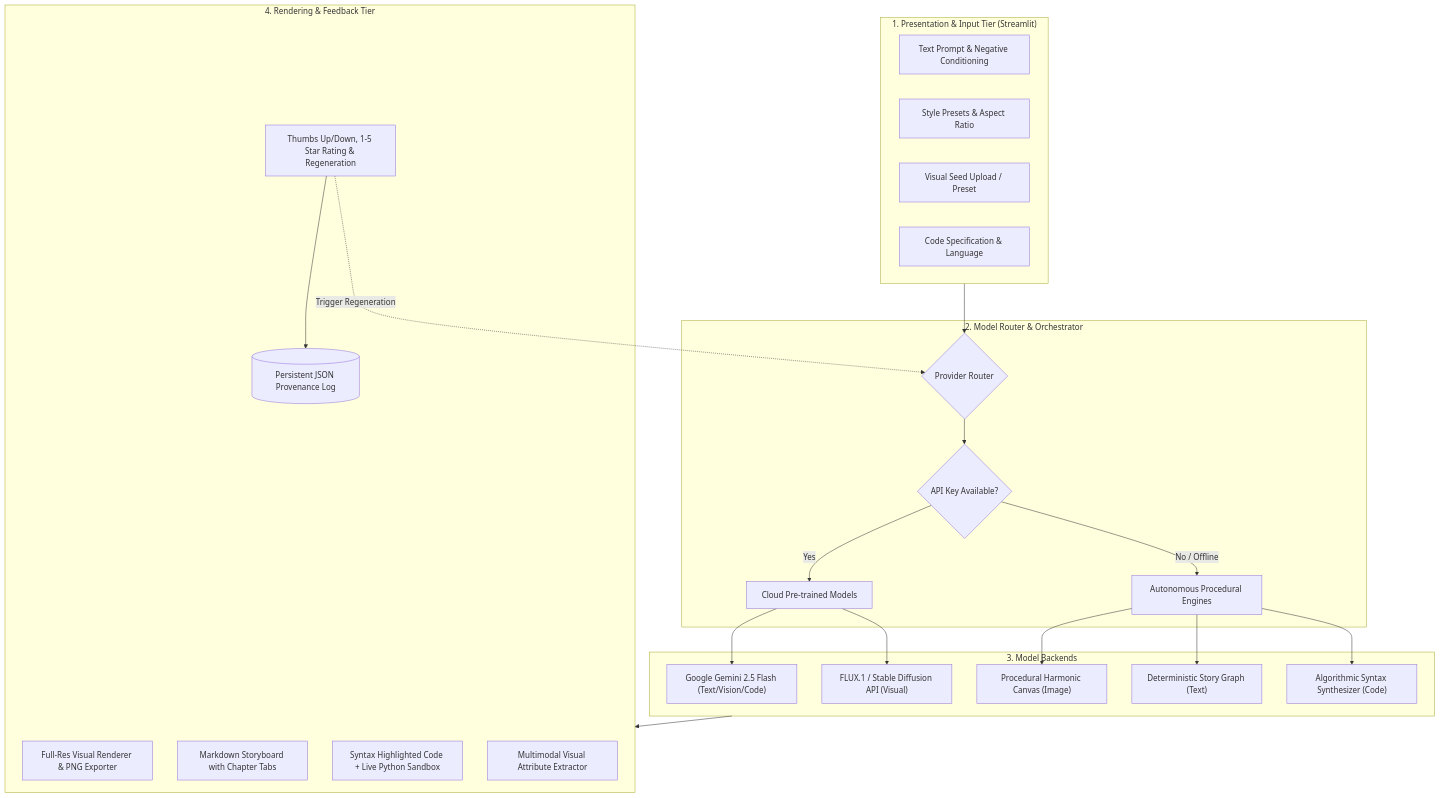
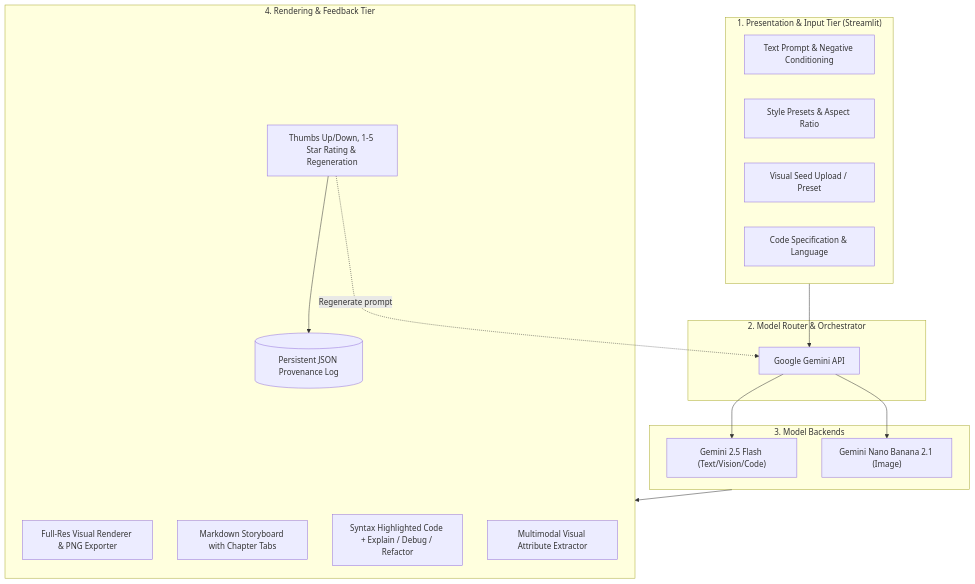
The diagram in PROJECT_REPORT.md (rgit19/multimodal-creative-studio), drawn with Mermaid before and after one commit. The commit also changed other lines of this file and 21 other files, not shown here.

````diff
--- a/PROJECT_REPORT.md
+++ b/PROJECT_REPORT.md
@@ -42,39 +42,32 @@
 ```mermaid
 flowchart TD
     subgraph Client_Interface ["1. Presentation & Input Tier (Streamlit)"]
         UI_Prompt["Text Prompt & Negative Conditioning"]
         UI_Style["Style Presets & Aspect Ratio"]
         UI_Img["Visual Seed Upload / Preset"]
         UI_Code["Code Specification & Language"]
     end
 
     subgraph Orchestration ["2. Model Router & Orchestrator"]
-        Router{"Provider Router"}
-        KeyCheck{"API Key Available?"}
-        Router --> KeyCheck
-        KeyCheck -->|Yes| CloudProvider["Cloud Pre-trained Models"]
-        KeyCheck -->|No / Offline| LocalEngine["Autonomous Procedural Engines"]
+        Gemini["Google Gemini API"]
     end
 
     subgraph Generative_Backends ["3. Model Backends"]
-        CloudProvider --> Gemini["Google Gemini 2.5 Flash (Text/Vision/Code)"]
-        CloudProvider --> Flux["FLUX.1 / Stable Diffusion API (Visual)"]
-        LocalEngine --> Canvas["Procedural Harmonic Canvas (Image)"]
-        LocalEngine --> RuleNarrative["Deterministic Story Graph (Text)"]
-        LocalEngine --> CodeSynth["Algorithmic Syntax Synthesizer (Code)"]
+        Gemini --> GeminiFlash["Gemini 2.5 Flash (Text/Vision/Code)"]
+        Gemini --> NanoBanana["Gemini Nano Banana 2.1 (Image)"]
     end
 
     subgraph Render_Feedback ["4. Rendering & Feedback Tier"]
         Out_Img["Full-Res Visual Renderer & PNG Exporter"]
         Out_Text["Markdown Storyboard with Chapter Tabs"]
-        Out_Code["Syntax Highlighted Code + Live Python Sandbox"]
+        Out_Code["Syntax Highlighted Code + Explain / Debug / Refactor"]
         Out_Vision["Multimodal Visual Attribute Extractor"]
         Feedback["Thumbs Up/Down, 1-5 Star Rating & Regeneration"]
         Storage[("Persistent JSON Provenance Log")]
     end
 
-    Client_Interface --> Router
+    Client_Interface --> Gemini
     Generative_Backends --> Render_Feedback
     Feedback --> Storage
-    Feedback -.->|Trigger Regeneration| Router
+    Feedback -.->|Regenerate prompt| Gemini
 ```
````
